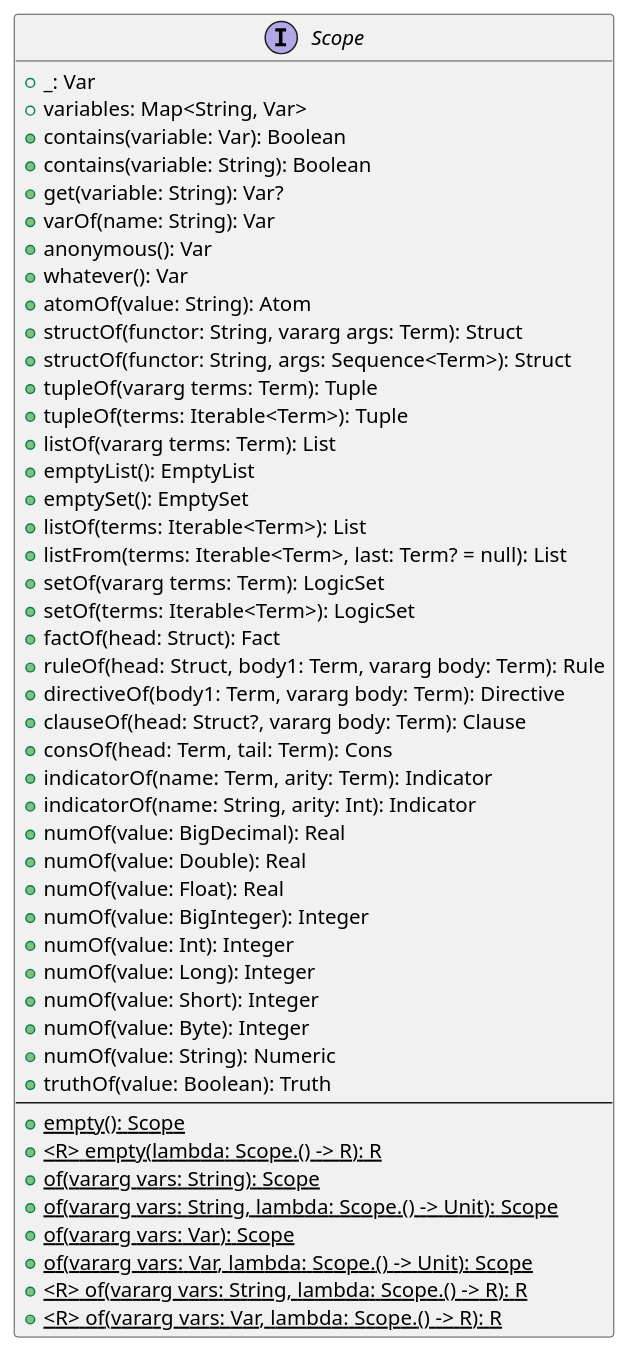
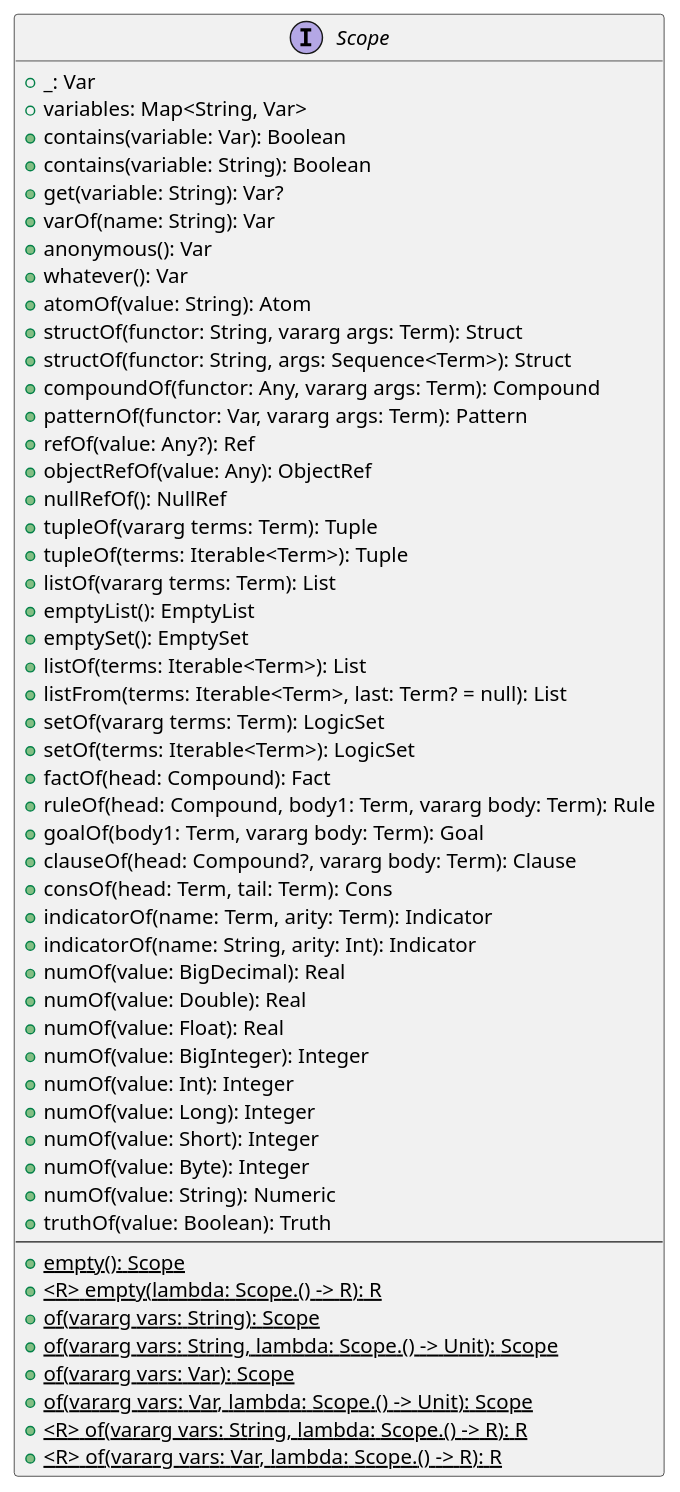
One commit to tuProlog/2p-kt changed the diagram in documentation/diagrams/scope.puml. Above: the diagram before and after it, drawn with PlantUML. The commit also changed 9 other files, not shown here.

```diff
--- a/documentation/diagrams/scope.puml
+++ b/documentation/diagrams/scope.puml
@@ -1,52 +1,57 @@
 @startuml
 skinparam shadowing false
 
 interface Scope {
     + _: Var
     + variables: Map<String, Var>
     + contains(variable: Var): Boolean
     + contains(variable: String): Boolean
     + get(variable: String): Var?
     + varOf(name: String): Var
     + anonymous(): Var
     + whatever(): Var
     + atomOf(value: String): Atom
     + structOf(functor: String, vararg args: Term): Struct
     + structOf(functor: String, args: Sequence<Term>): Struct
+    + compoundOf(functor: Any, vararg args: Term): Compound
+    + patternOf(functor: Var, vararg args: Term): Pattern
+    + refOf(value: Any?): Ref
+    + objectRefOf(value: Any): ObjectRef
+    + nullRefOf(): NullRef
     + tupleOf(vararg terms: Term): Tuple
     + tupleOf(terms: Iterable<Term>): Tuple
     + listOf(vararg terms: Term): List
     + emptyList(): EmptyList
     + emptySet(): EmptySet
     + listOf(terms: Iterable<Term>): List
     + listFrom(terms: Iterable<Term>, last: Term? = null): List
     + setOf(vararg terms: Term): LogicSet
     + setOf(terms: Iterable<Term>): LogicSet
-    + factOf(head: Struct): Fact
-    + ruleOf(head: Struct, body1: Term, vararg body: Term): Rule
-    + directiveOf(body1: Term, vararg body: Term): Directive
-    + clauseOf(head: Struct?, vararg body: Term): Clause
+    + factOf(head: Compound): Fact
+    + ruleOf(head: Compound, body1: Term, vararg body: Term): Rule
+    + goalOf(body1: Term, vararg body: Term): Goal
+    + clauseOf(head: Compound?, vararg body: Term): Clause
     + consOf(head: Term, tail: Term): Cons
     + indicatorOf(name: Term, arity: Term): Indicator
     + indicatorOf(name: String, arity: Int): Indicator
     + numOf(value: BigDecimal): Real
     + numOf(value: Double): Real
     + numOf(value: Float): Real
     + numOf(value: BigInteger): Integer
     + numOf(value: Int): Integer
     + numOf(value: Long): Integer
     + numOf(value: Short): Integer
     + numOf(value: Byte): Integer
     + numOf(value: String): Numeric
     + truthOf(value: Boolean): Truth
     ---
     + {static} empty(): Scope
     + {static} <R> empty(lambda: Scope.() -> R): R
     + {static} of(vararg vars: String): Scope
     + {static} of(vararg vars: String, lambda: Scope.() -> Unit): Scope
     + {static} of(vararg vars: Var): Scope
     + {static} of(vararg vars: Var, lambda: Scope.() -> Unit): Scope
     + {static} <R> of(vararg vars: String, lambda: Scope.() -> R): R
     + {static} <R> of(vararg vars: Var, lambda: Scope.() -> R): R
 }
 @enduml
```
